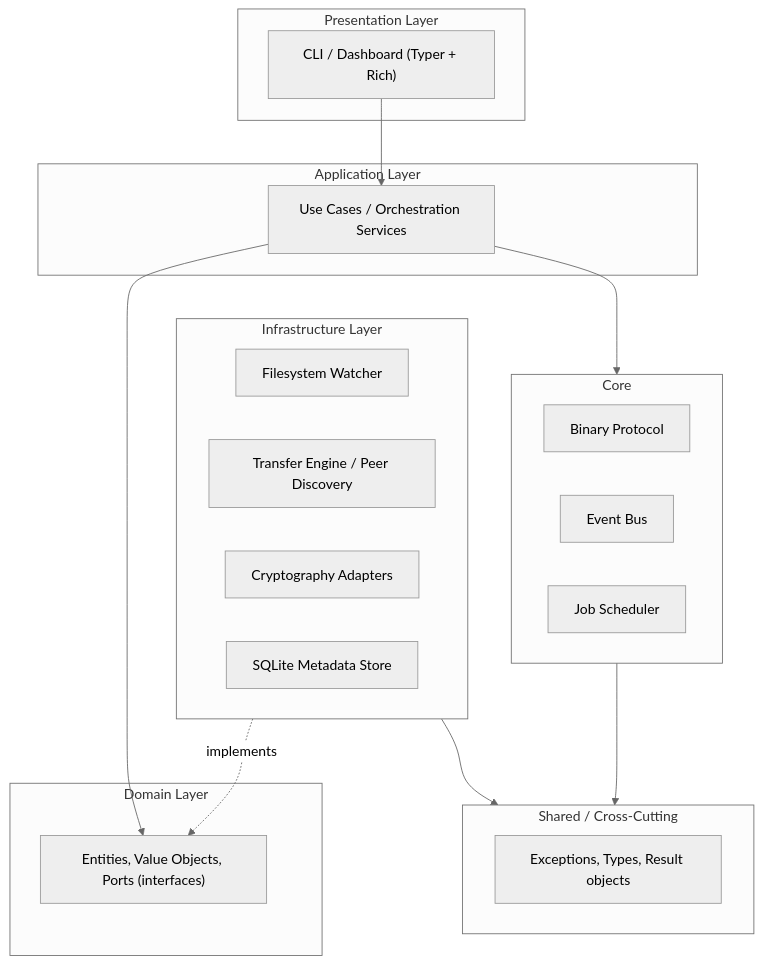
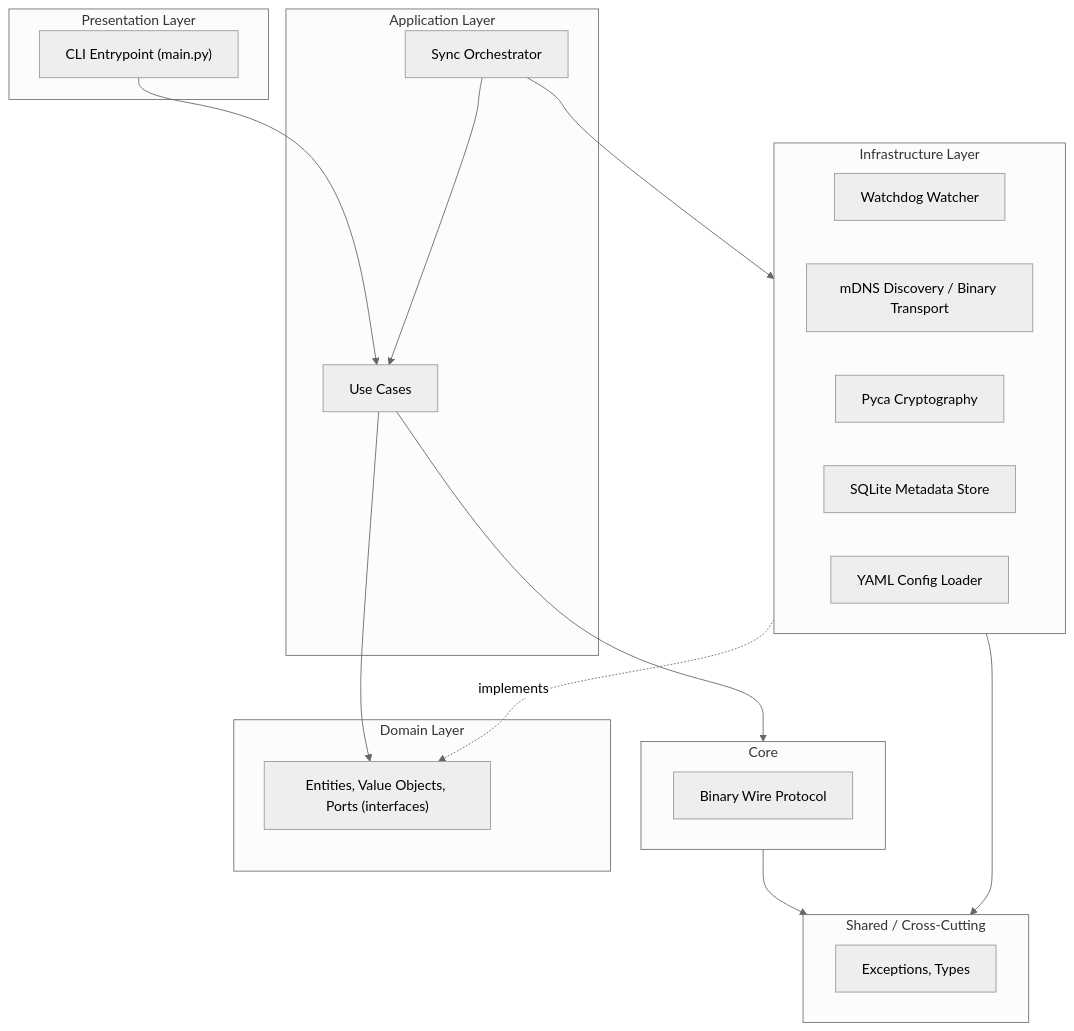
One commit to Abolfazlrwm/SecureSync changed the diagram in docs/architecture.md. Above: the diagram before and after it, drawn with Mermaid (neutral theme). The commit also changed other lines of this file and 36 other files, not shown here.

First line of the commit message:
fix(integration): wire orchestrator/crypto/transfer for real; fix protocol CRC bug

````diff
--- a/docs/architecture.md
+++ b/docs/architecture.md
@@ -14,38 +13,40 @@
 ```mermaid
 flowchart TD
     subgraph Presentation["Presentation Layer"]
-        CLI["CLI / Dashboard (Typer + Rich)"]
+        CLI["CLI Entrypoint (main.py)"]
     end
 
     subgraph Application["Application Layer"]
-        UC["Use Cases / Orchestration Services"]
+        UC["Use Cases"]
+        ORCH["Sync Orchestrator"]
     end
 
     subgraph Domain["Domain Layer"]
         ENT["Entities, Value Objects, Ports (interfaces)"]
     end
 
     subgraph Infrastructure["Infrastructure Layer"]
-        FS["Filesystem Watcher"]
-        NET["Transfer Engine / Peer Discovery"]
-        CRYPTO["Cryptography Adapters"]
+        FS["Watchdog Watcher"]
+        NET["mDNS Discovery / Binary Transport"]
+        CRYPTO["Pyca Cryptography"]
         DB["SQLite Metadata Store"]
+        CONFIG["YAML Config Loader"]
     end
 
     subgraph Core["Core"]
-        PROTO["Binary Protocol"]
-        BUS["Event Bus"]
-        SCHED["Job Scheduler"]
+        PROTO["Binary Wire Protocol"]
     end
 
     subgraph Shared["Shared / Cross-Cutting"]
-        ERR["Exceptions, Types, Result objects"]
+        ERR["Exceptions, Types"]
     end
 
     CLI --> UC
     UC --> ENT
+    ORCH --> UC
     Infrastructure -.->|implements| ENT
     UC --> Core
     Core --> Shared
     Infrastructure --> Shared
+    ORCH --> Infrastructure
 ```
````
